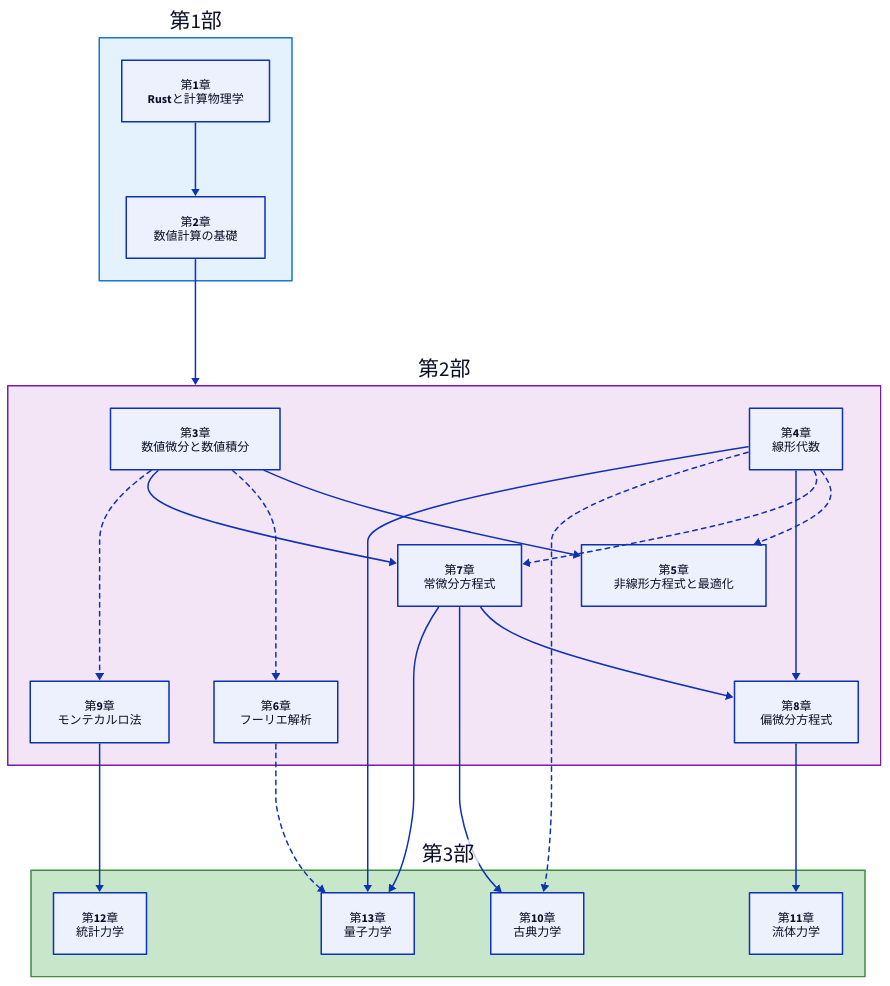
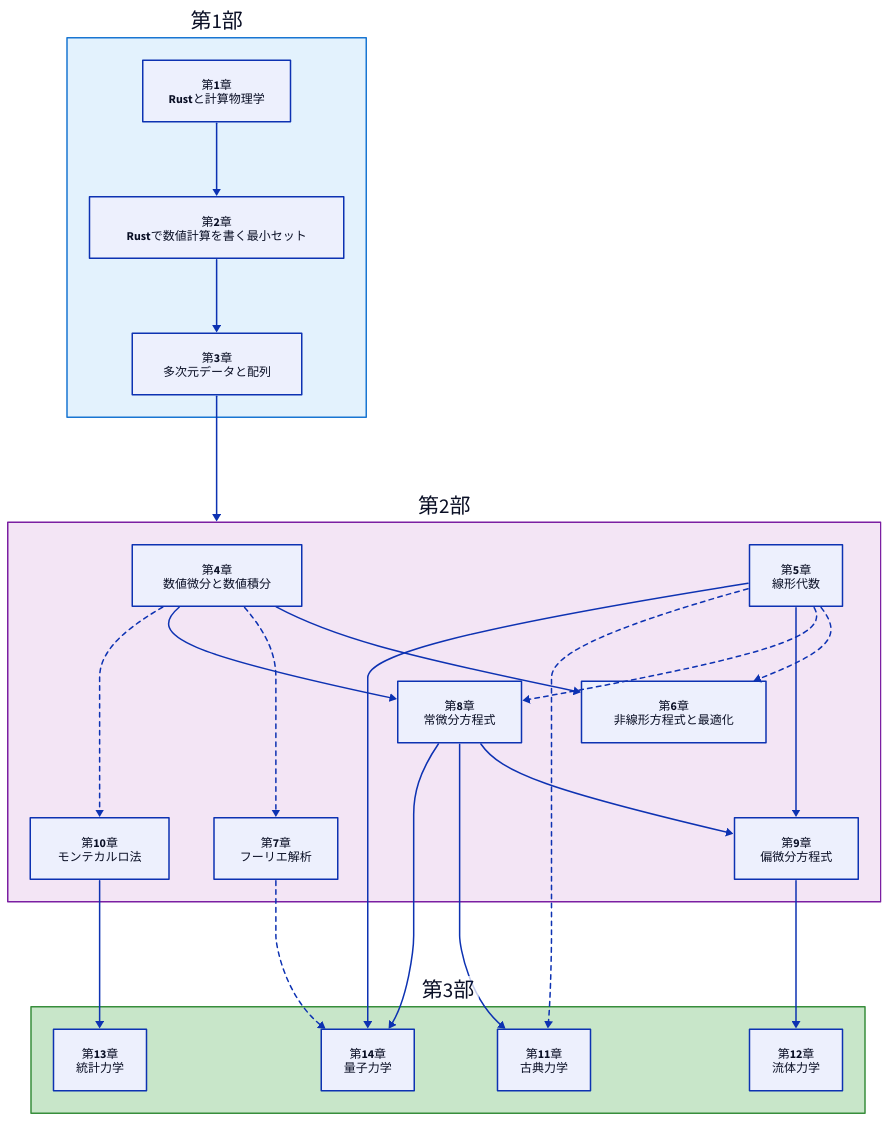
The diagram in src/README.md (saitama-cond-mat/rust-computational-physics-tutorial), drawn with D2 before and after one commit. The commit also changed other lines of this file and 18 other files, not shown here.

```diff
--- a/src/README.md
+++ b/src/README.md
@@ -70,10 +70,16 @@
 
   ch02: {
     shape: rectangle
-    label: "第2章\n数値計算の基礎"
+    label: "第2章\nRustで数値計算を書く最小セット"
+  }
+
+  ch03: {
+    shape: rectangle
+    label: "第3章\n多次元データと配列"
   }
 
   ch01 -> ch02
+  ch02 -> ch03
 }
 
 # 第2部
@@ -84,37 +90,37 @@
 
   ch03: {
     shape: rectangle
-    label: "第3章\n数値微分と数値積分"
+    label: "第4章\n数値微分と数値積分"
   }
 
   ch04: {
     shape: rectangle
-    label: "第4章\n線形代数"
+    label: "第5章\n線形代数"
   }
 
   ch05: {
     shape: rectangle
-    label: "第5章\n非線形方程式と最適化"
+    label: "第6章\n非線形方程式と最適化"
   }
 
   ch06: {
     shape: rectangle
-    label: "第6章\nフーリエ解析"
+    label: "第7章\nフーリエ解析"
   }
 
   ch07: {
     shape: rectangle
-    label: "第7章\n常微分方程式"
+    label: "第8章\n常微分方程式"
   }
 
   ch08: {
     shape: rectangle
-    label: "第8章\n偏微分方程式"
+    label: "第9章\n偏微分方程式"
   }
 
   ch09: {
     shape: rectangle
-    label: "第9章\nモンテカルロ法"
+    label: "第10章\nモンテカルロ法"
   }
 
   # 第2部内の依存関係
@@ -146,27 +152,27 @@
 
   ch10: {
     shape: rectangle
-    label: "第10章\n古典力学"
+    label: "第11章\n古典力学"
   }
 
   ch11: {
     shape: rectangle
-    label: "第11章\n流体力学"
+    label: "第12章\n流体力学"
   }
 
   ch12: {
     shape: rectangle
-    label: "第12章\n統計力学"
+    label: "第13章\n統計力学"
   }
 
   ch13: {
     shape: rectangle
-    label: "第13章\n量子力学"
+    label: "第14章\n量子力学"
   }
 }
 
-# 第2章→第2部全体への依存関係
-part1.ch02 -> part2
+# 第3章→第2部全体への依存関係
+part1.ch03 -> part2
 
 # 第2部→第3部の依存関係
 part2.ch07 -> part3.ch10
```
